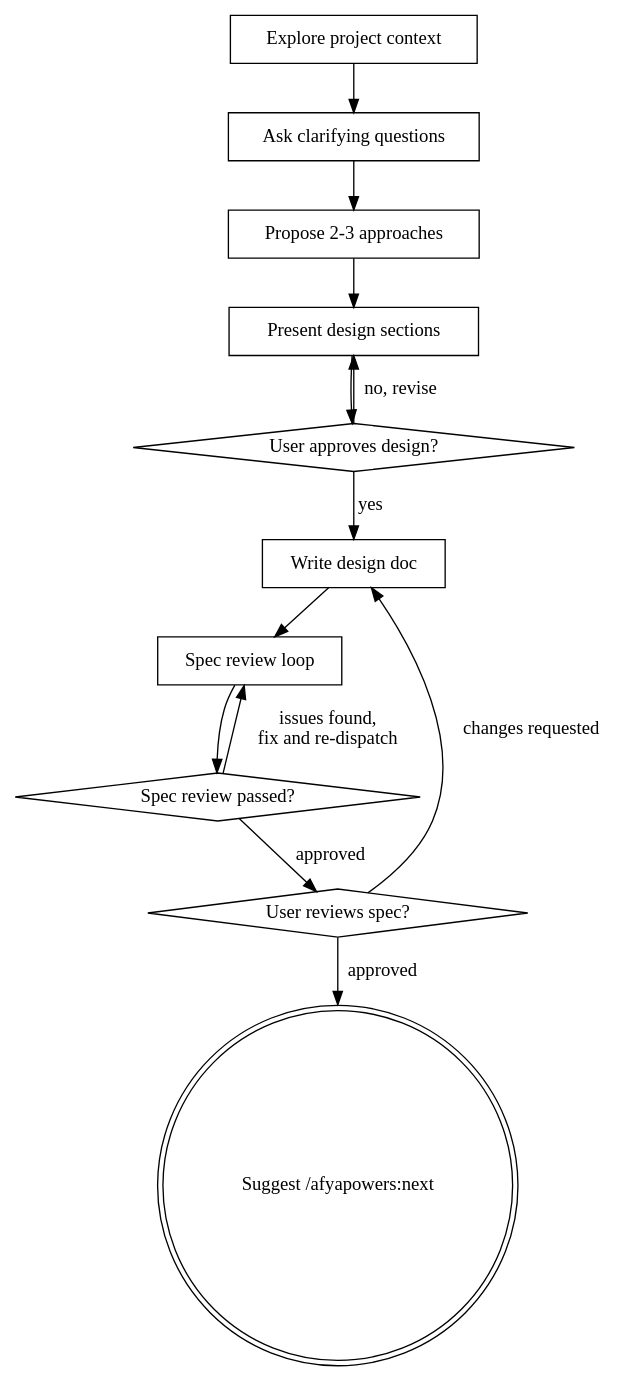
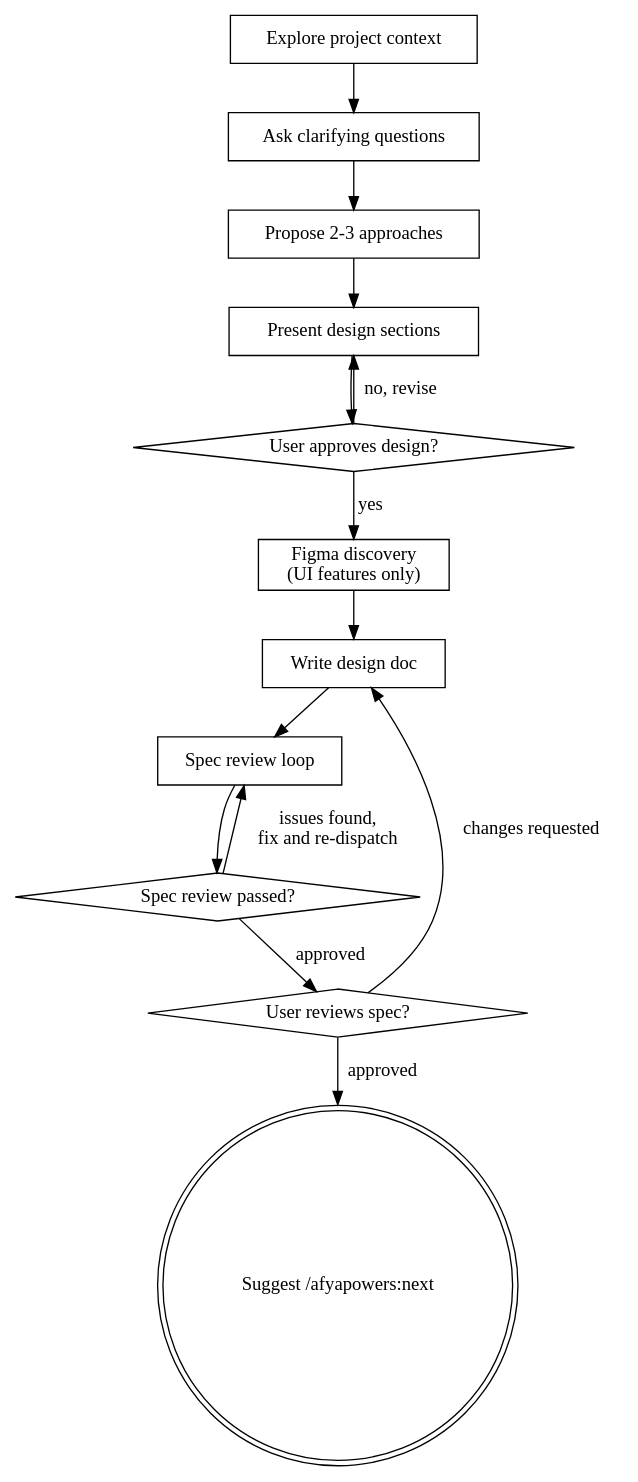
One commit to iclinic/afyapowers changed the diagram in skills/design/SKILL.md. Above: the diagram before and after it, drawn with Graphviz. The commit also changed other lines of this file, not shown here.

Commit message:
feat: invoke Figma discovery skill from design phase for UI features

````diff
--- a/skills/design/SKILL.md
+++ b/skills/design/SKILL.md
@@ -40,27 +41,30 @@
 ```dot
 digraph design {
     "Explore project context" [shape=box];
     "Ask clarifying questions" [shape=box];
     "Propose 2-3 approaches" [shape=box];
     "Present design sections" [shape=box];
     "User approves design?" [shape=diamond];
     "Write design doc" [shape=box];
     "Spec review loop" [shape=box];
     "Spec review passed?" [shape=diamond];
     "User reviews spec?" [shape=diamond];
     "Suggest /afyapowers:next" [shape=doublecircle];
 
     "Explore project context" -> "Ask clarifying questions";
     "Ask clarifying questions" -> "Propose 2-3 approaches";
     "Propose 2-3 approaches" -> "Present design sections";
     "Present design sections" -> "User approves design?";
     "User approves design?" -> "Present design sections" [label="no, revise"];
-    "User approves design?" -> "Write design doc" [label="yes"];
+    "Figma discovery\n(UI features only)" [shape=box];
+
+    "User approves design?" -> "Figma discovery\n(UI features only)" [label="yes"];
+    "Figma discovery\n(UI features only)" -> "Write design doc";
     "Write design doc" -> "Spec review loop";
     "Spec review loop" -> "Spec review passed?";
     "Spec review passed?" -> "Spec review loop" [label="issues found,\nfix and re-dispatch"];
     "Spec review passed?" -> "User reviews spec?" [label="approved"];
     "User reviews spec?" -> "Write design doc" [label="changes requested"];
     "User reviews spec?" -> "Suggest /afyapowers:next" [label="approved"];
 }
 ```
````
